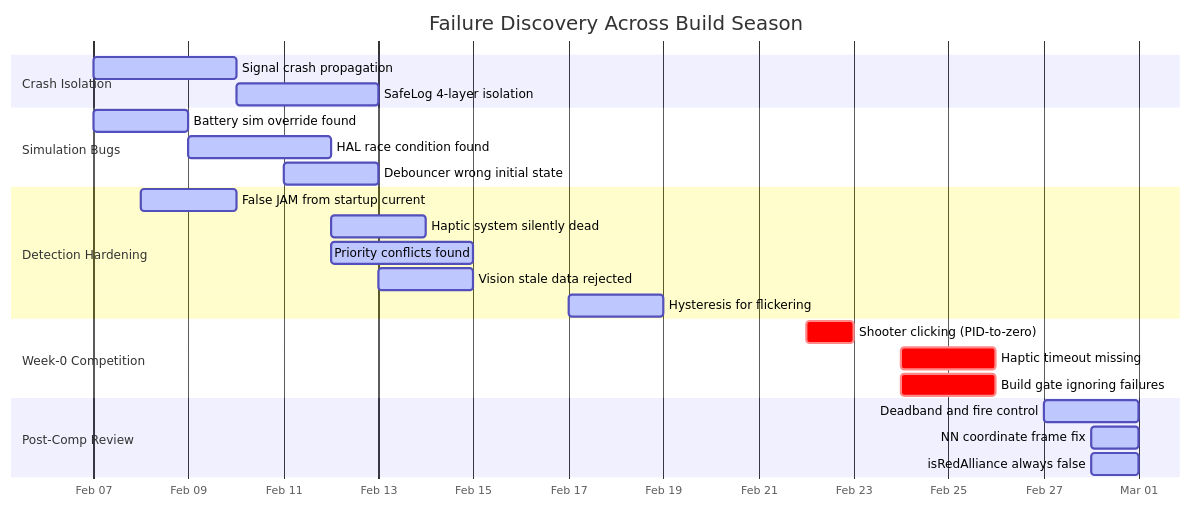
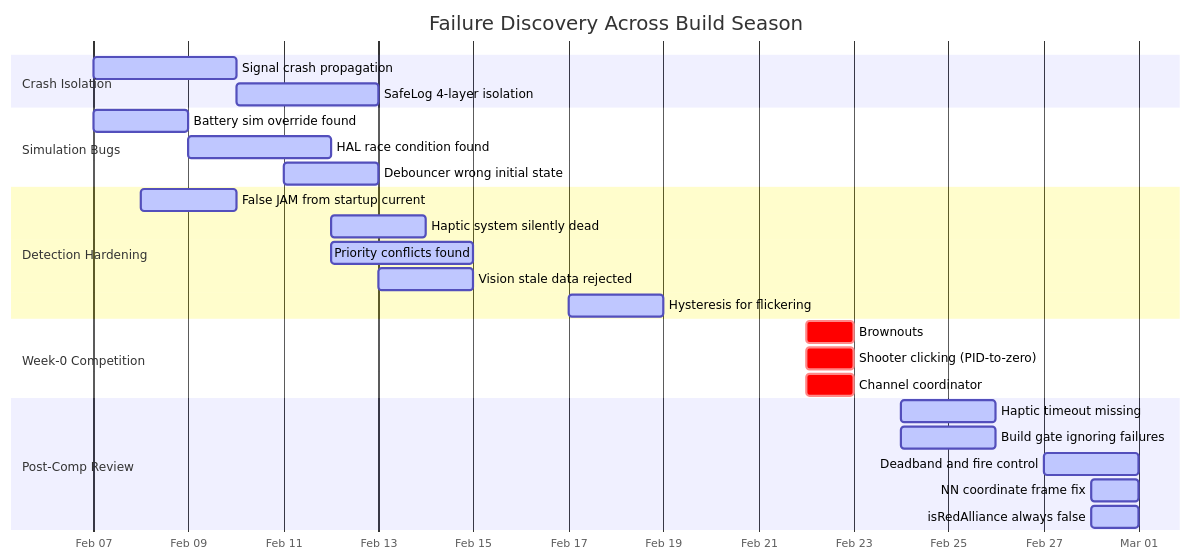
One commit to eeveemara/frc5962-2026-docs changed the diagram in docs/engineering/fmea-log.md. Above: the diagram before and after it, drawn with Mermaid. The commit also changed other lines of this file and 7 other files, not shown here.

````diff
--- a/docs/engineering/fmea-log.md
+++ b/docs/engineering/fmea-log.md
@@ -68,33 +54,36 @@
 ```mermaid
 gantt
     title Failure Discovery Across Build Season
     dateFormat YYYY-MM-DD
     axisFormat %b %d
     todayMarker off
 
     section Crash Isolation
     Signal crash propagation       :active, c1, 2026-02-07, 3d
     SafeLog 4-layer isolation      :active, c2, 2026-02-10, 3d
 
     section Simulation Bugs
     Battery sim override found     :active, s1, 2026-02-07, 2d
     HAL race condition found       :active, s2, 2026-02-09, 3d
     Debouncer wrong initial state  :active, s3, 2026-02-11, 2d
 
     section Detection Hardening
     False JAM from startup current :active, h1, 2026-02-08, 2d
     Haptic system silently dead    :active, h2, 2026-02-12, 2d
     Priority conflicts found       :active, h3, 2026-02-12, 3d
     Vision stale data rejected     :active, h4, 2026-02-13, 2d
     Hysteresis for flickering      :active, h5, 2026-02-17, 2d
 
     section Week-0 Competition
+    Brownouts					   :crit, w1, 2026-02-22, 1d
     Shooter clicking (PID-to-zero) :crit, w1, 2026-02-22, 1d
-    Haptic timeout missing         :crit, w2, 2026-02-24, 2d
-    Build gate ignoring failures   :crit, w3, 2026-02-24, 2d
+    Channel coordinator :crit, w1, 2026-02-22, 1d
+  
 
     section Post-Comp Review
+    Haptic timeout missing         :active, w2, 2026-02-24, 2d
+    Build gate ignoring failures   :active, w3, 2026-02-24, 2d
     Deadband and fire control      :active, cr1, 2026-02-27, 2d
     NN coordinate frame fix        :active, cr2, 2026-02-28, 1d
     isRedAlliance always false     :active, cr3, 2026-02-28, 1d
 ```
````
